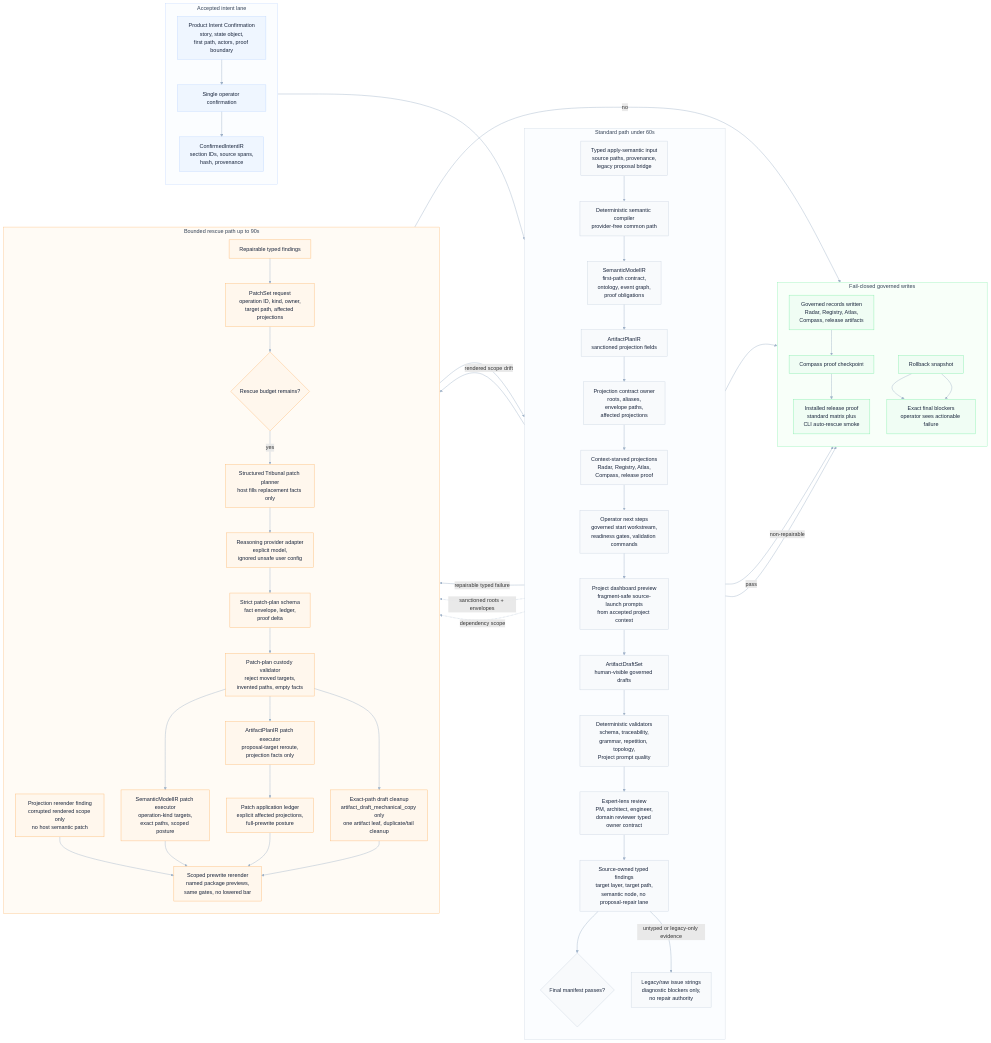
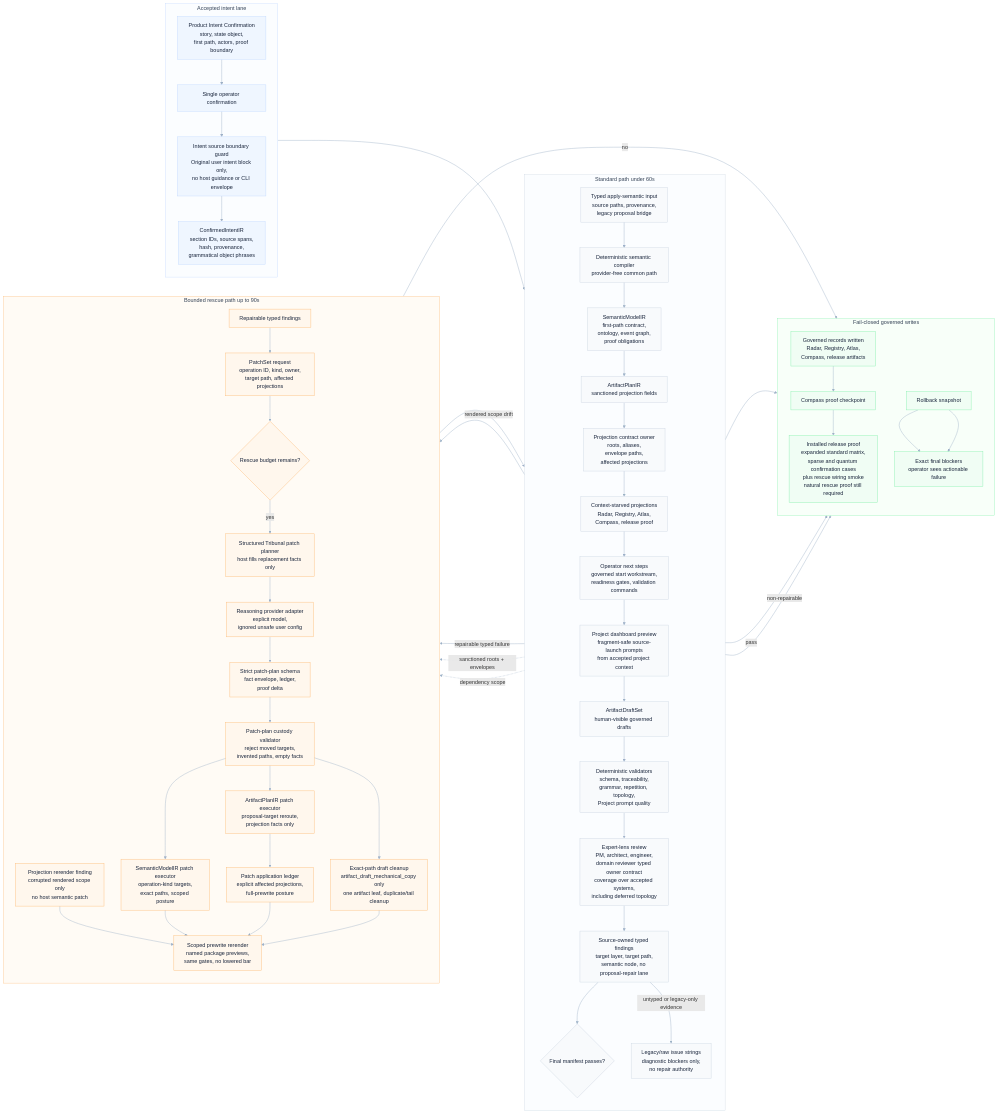
Before and after one commit to odylith/odylith: the diagram in odylith/atlas/source/domain-intelligence-greenfield-governance.mmd, drawn with Mermaid. The commit also changed 45 other files, not shown here.

```diff
--- a/odylith/atlas/source/domain-intelligence-greenfield-governance.mmd
+++ b/odylith/atlas/source/domain-intelligence-greenfield-governance.mmd
@@ -1,87 +1,88 @@
 flowchart LR
     subgraph accepted_lane["Accepted intent lane"]
       direction TB
       visible_intent["Product Intent Confirmation<br/>story, state object,<br/>first path, actors, proof boundary"]
       confirm["Single operator confirmation"]
-      confirmed_ir["ConfirmedIntentIR<br/>section IDs, source spans,<br/>hash, provenance"]
+      source_guard["Intent source boundary guard<br/>Original user intent block only,<br/>no host guidance or CLI envelope"]
+      confirmed_ir["ConfirmedIntentIR<br/>section IDs, source spans,<br/>hash, provenance,<br/>grammatical object phrases"]
     end
 
     subgraph standard_lane["Standard path under 60s"]
       direction TB
       apply_input["Typed apply-semantic input<br/>source paths, provenance,<br/>legacy proposal bridge"]
       compiler["Deterministic semantic compiler<br/>provider-free common path"]
       semantic_ir["SemanticModelIR<br/>first-path contract,<br/>ontology, event graph,<br/>proof obligations"]
       artifact_plan["ArtifactPlanIR<br/>sanctioned projection fields"]
       projection_contract["Projection contract owner<br/>roots, aliases,<br/>envelope paths,<br/>affected projections"]
       projections["Context-starved projections<br/>Radar, Registry, Atlas,<br/>Compass, release proof"]
       next_steps["Operator next steps<br/>governed start workstream,<br/>readiness gates, validation commands"]
       project_dashboard["Project dashboard preview<br/>fragment-safe source-launch prompts<br/>from accepted project context"]
       draft_set["ArtifactDraftSet<br/>human-visible governed drafts"]
       validators["Deterministic validators<br/>schema, traceability,<br/>grammar, repetition, topology,<br/>Project prompt quality"]
-      expert_lenses["Expert-lens review<br/>PM, architect, engineer,<br/>domain reviewer typed owner contract"]
+      expert_lenses["Expert-lens review<br/>PM, architect, engineer,<br/>domain reviewer typed owner contract<br/>coverage over accepted systems,<br/>including deferred topology"]
       typed_findings["Source-owned typed findings<br/>target layer, target path,<br/>semantic node, no proposal-repair lane"]
       legacy_blockers["Legacy/raw issue strings<br/>diagnostic blockers only,<br/>no repair authority"]
       final_manifest{"Final manifest passes?"}
     end
 
     subgraph rescue_lane["Bounded rescue path up to 90s"]
       direction TB
       repairable["Repairable typed findings"]
       patchset["PatchSet request<br/>operation ID, kind, owner,<br/>target path, affected projections"]
       rescue_budget{"Rescue budget remains?"}
       tribunal_planner["Structured Tribunal patch planner<br/>host fills replacement facts only"]
       provider_adapter["Reasoning provider adapter<br/>explicit model,<br/>ignored unsafe user config"]
       strict_schema["Strict patch-plan schema<br/>fact envelope, ledger,<br/>proof delta"]
       custody_check["Patch-plan custody validator<br/>reject moved targets,<br/>invented paths, empty facts"]
       semantic_apply["SemanticModelIR patch executor<br/>operation-kind targets,<br/>exact paths, scoped posture"]
       plan_apply["ArtifactPlanIR patch executor<br/>proposal-target reroute,<br/>projection facts only"]
       scope_ledger["Patch application ledger<br/>explicit affected projections,<br/>full-prewrite posture"]
       projection_rerender["Projection rerender finding<br/>corrupted rendered scope only<br/>no host semantic patch"]
       copy_repair["Exact-path draft cleanup<br/>artifact_draft_mechanical_copy only<br/>one artifact leaf, duplicate/tail cleanup"]
       rerender["Scoped prewrite rerender<br/>named package previews,<br/>same gates, no lowered bar"]
     end
 
     subgraph write_lane["Fail-closed governed writes"]
       direction TB
       writes["Governed records written<br/>Radar, Registry, Atlas,<br/>Compass, release artifacts"]
       rollback["Rollback snapshot"]
       blockers["Exact final blockers<br/>operator sees actionable failure"]
       proof_log["Compass proof checkpoint"]
-      release_matrix["Installed release proof<br/>standard matrix plus<br/>CLI auto-rescue smoke"]
+      release_matrix["Installed release proof<br/>expanded standard matrix,<br/>sparse and quantum confirmation cases<br/>plus rescue wiring smoke<br/>natural rescue proof still required"]
     end
 
-    visible_intent --> confirm --> confirmed_ir
+    visible_intent --> confirm --> source_guard --> confirmed_ir
     confirmed_ir --> apply_input --> compiler --> semantic_ir --> artifact_plan --> projection_contract --> projections --> next_steps --> project_dashboard --> draft_set
     draft_set --> validators --> expert_lenses --> typed_findings --> final_manifest
     typed_findings -- "untyped or legacy-only evidence" --> legacy_blockers --> rollback
     final_manifest -- "pass" --> writes --> proof_log --> release_matrix
     final_manifest -- "rendered scope drift" --> projection_rerender --> rerender
     final_manifest -- "repairable typed failure" --> repairable --> patchset --> rescue_budget
     rescue_budget -- "yes" --> tribunal_planner --> provider_adapter --> strict_schema --> custody_check
     custody_check --> semantic_apply
     custody_check --> plan_apply
     custody_check --> copy_repair
     projection_contract -. "sanctioned roots + envelopes" .-> plan_apply
     projection_contract -. "dependency scope" .-> scope_ledger
     semantic_apply --> rerender
     plan_apply --> scope_ledger --> rerender
     copy_repair --> rerender
     rerender --> validators
     rescue_budget -- "no" --> rollback --> blockers
     final_manifest -- "non-repairable" --> rollback
     rollback --> blockers
 
     classDef intent fill:#EFF6FF,stroke:#BFD7FE,color:#17233A,stroke-width:1.2px;
     classDef standard fill:#F8FAFC,stroke:#CBD5E1,color:#17233A,stroke-width:1.2px;
     classDef rescue fill:#FFF7ED,stroke:#FDBA74,color:#17233A,stroke-width:1.2px;
     classDef write fill:#F0FDF4,stroke:#86EFAC,color:#17233A,stroke-width:1.2px;
-    class visible_intent,confirm,confirmed_ir intent;
+    class visible_intent,confirm,source_guard,confirmed_ir intent;
     class apply_input,compiler,semantic_ir,artifact_plan,projection_contract,projections,next_steps,project_dashboard,draft_set,validators,expert_lenses,typed_findings,legacy_blockers,final_manifest standard;
     class repairable,patchset,rescue_budget,tribunal_planner,provider_adapter,strict_schema,custody_check,semantic_apply,plan_apply,scope_ledger,projection_rerender,copy_repair,rerender rescue;
     class writes,rollback,blockers,proof_log,release_matrix write;
 
     style accepted_lane fill:#FBFDFF,stroke:#BFD7FE,stroke-width:1px,color:#334155
     style standard_lane fill:#FBFDFF,stroke:#CBD5E1,stroke-width:1px,color:#334155
     style rescue_lane fill:#FFFBF5,stroke:#FDBA74,stroke-width:1px,color:#334155
     style write_lane fill:#F8FFF9,stroke:#86EFAC,stroke-width:1px,color:#334155
     linkStyle default stroke:#9FB2C8,stroke-width:1.25px
```
